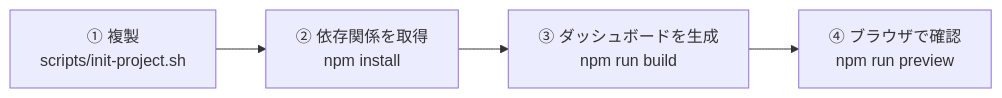
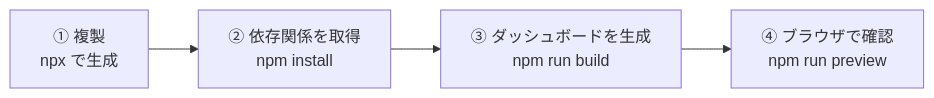
Before and after one commit to kumamoto-kouki/conductor-sdlc-template: the third of 5 diagrams in README.md, drawn with Mermaid. The commit also changed other lines of this file and 5 other files, not shown here.

````diff
--- a/README.md
+++ b/README.md
@@ -58,6 +58,6 @@
 ```mermaid
 flowchart LR
-    S1["① 複製<br/>scripts/init-project.sh"] --> S2["② 依存関係を取得<br/>npm install"]
+    S1["① 複製<br/>npx で生成"] --> S2["② 依存関係を取得<br/>npm install"]
     S2 --> S3["③ ダッシュボードを生成<br/>npm run build"]
     S3 --> S4["④ ブラウザで確認<br/>npm run preview"]
 ```
````
